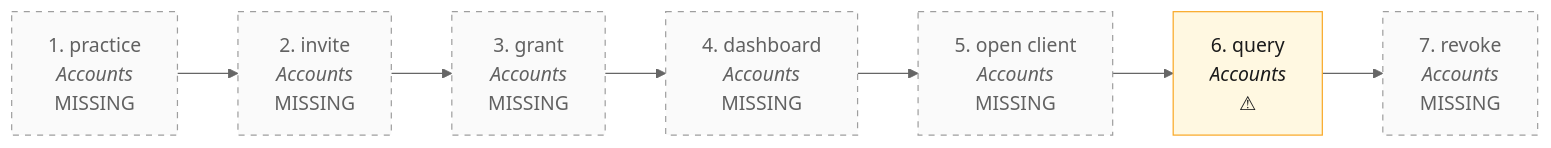
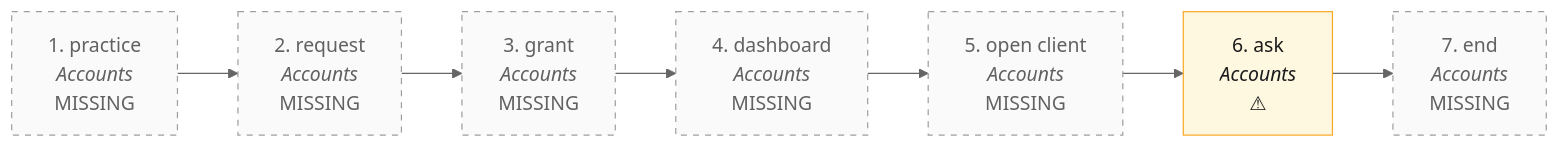
One commit to maharishia07/chitbridge-web changed the diagram in docs/process/C2V.md. Above: the diagram before and after it, drawn with Mermaid (neutral theme). The commit also changed other lines of this file and 5 other files, not shown here.

````diff
--- a/docs/process/C2V.md
+++ b/docs/process/C2V.md
@@ -7,16 +7,16 @@
 ```mermaid
 flowchart LR
   S1["1. practice<br/><i>Accounts</i><br/>MISSING"]
-  S2["2. invite<br/><i>Accounts</i><br/>MISSING"]
+  S2["2. request<br/><i>Accounts</i><br/>MISSING"]
   S3["3. grant<br/><i>Accounts</i><br/>MISSING"]
   S4["4. dashboard<br/><i>Accounts</i><br/>MISSING"]
   S5["5. open client<br/><i>Accounts</i><br/>MISSING"]
-  S6["6. query<br/><i>Accounts</i><br/>⚠"]
-  S7["7. revoke<br/><i>Accounts</i><br/>MISSING"]
+  S6["6. ask<br/><i>Accounts</i><br/>⚠"]
+  S7["7. end<br/><i>Accounts</i><br/>MISSING"]
   S1 --> S2 --> S3 --> S4 --> S5 --> S6 --> S7
   classDef ok fill:#e8f5e9,stroke:#2e7d32,color:#1b1b1b
   classDef warn fill:#fff8e1,stroke:#f9a825,color:#1b1b1b
   classDef missing fill:#fafafa,stroke:#9e9e9e,stroke-dasharray:5 5,color:#616161
   class S6 warn
   class S1,S2,S3,S4,S5,S7 missing
 ```
````
